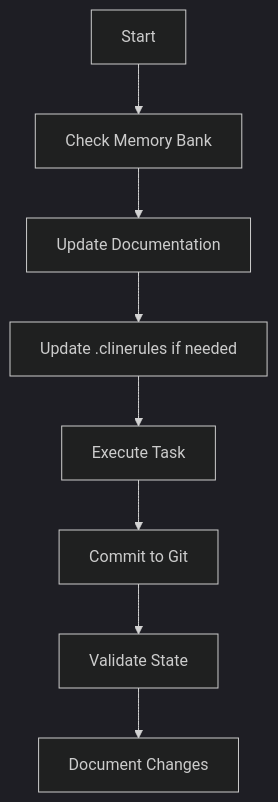
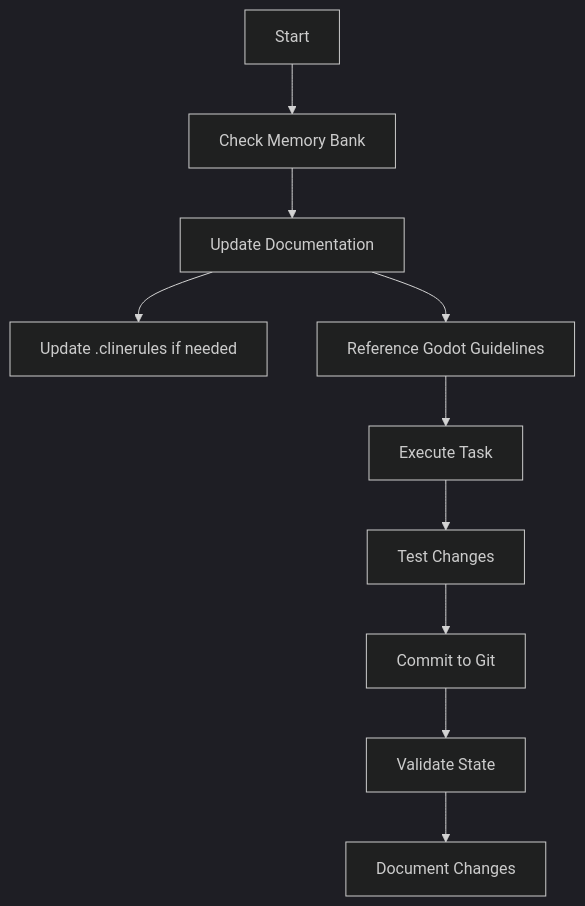
The third of 3 diagrams in gd-template/prompt.md (EclipsingLines/cline_brain), drawn with Mermaid (dark theme) before and after one commit. The commit also changed other lines of this file and 10 other files, not shown here.

````diff
--- a/gd-template/prompt.md
+++ b/gd-template/prompt.md
@@ -128,10 +156,12 @@
 ```mermaid
 flowchart TD
     Start[Start] --> Context[Check Memory Bank]
     Context --> Update[Update Documentation]
     Update --> Rules[Update .clinerules if needed]
-    Rules --> Execute[Execute Task]
-    Execute --> Commit[Commit to Git]
+    Update --> Guidelines[Reference Godot Guidelines]
+    Guidelines --> Execute[Execute Task]
+    Execute --> Test[Test Changes]
+    Test --> Commit[Commit to Git]
     Commit --> Validate[Validate State]
     Validate --> Document[Document Changes]
 ```
````
